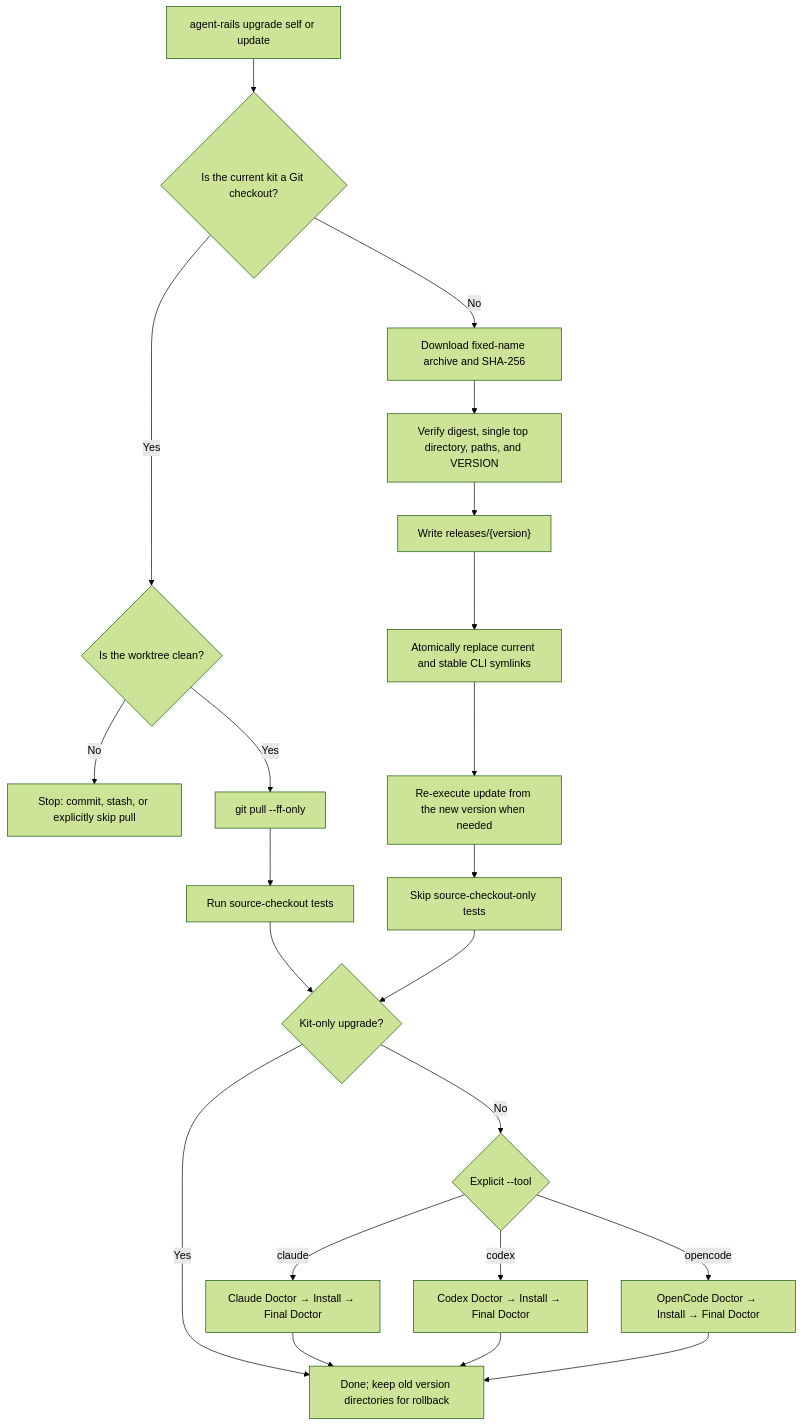
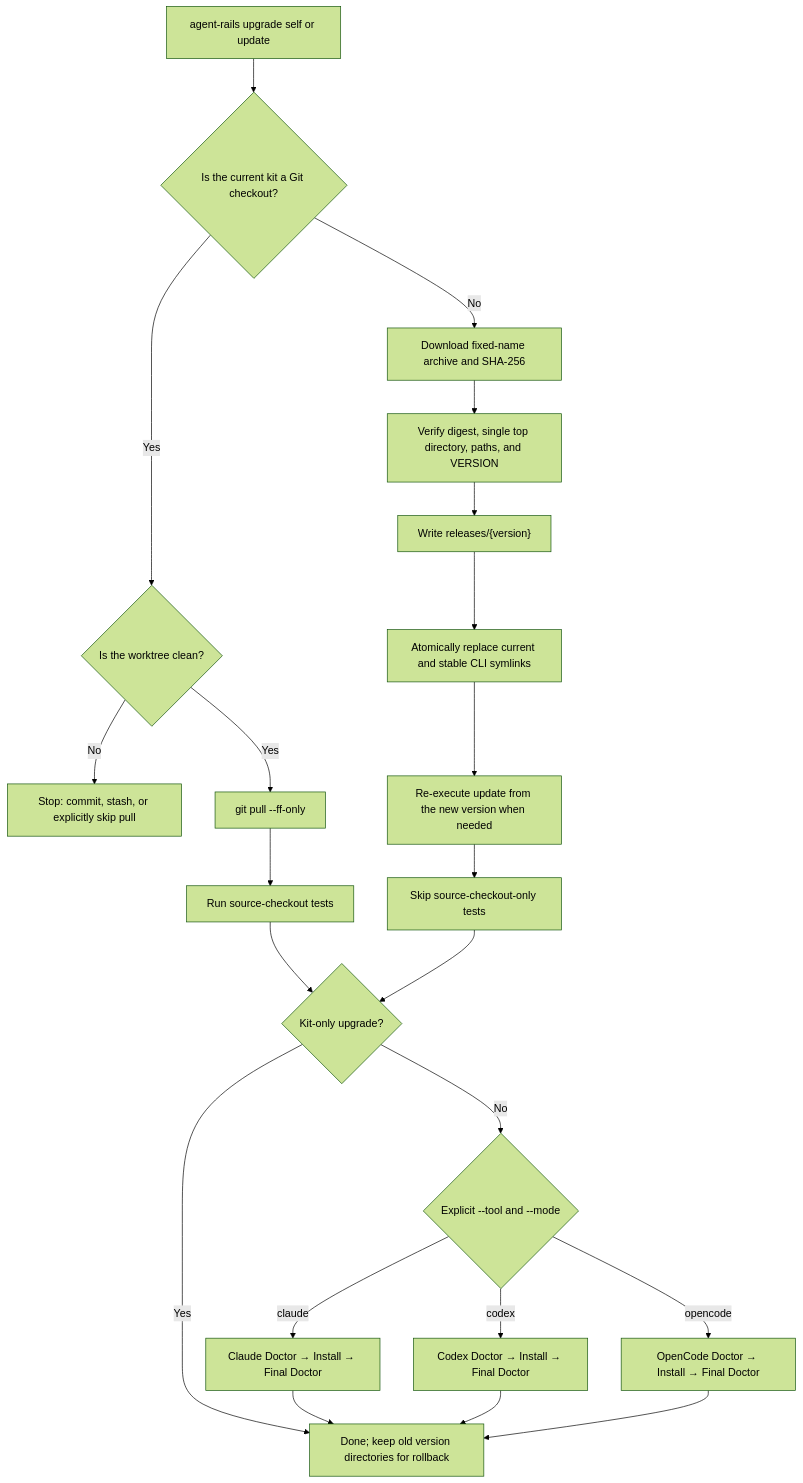
Before and after one commit to 948462448/agent-rails: the seventh of 7 diagrams in docs/how-agent-rails-works.en.md, drawn with Mermaid (forest theme). The commit also changed other lines of this file and 29 other files, not shown here.

````diff
--- a/docs/how-agent-rails-works.en.md
+++ b/docs/how-agent-rails-works.en.md
@@ -190,26 +192,26 @@
 ```mermaid
 flowchart TD
     UPDATE["agent-rails upgrade self or update"] --> SOURCE{"Is the current kit a Git checkout?"}
     SOURCE -->|Yes| CLEAN{"Is the worktree clean?"}
     CLEAN -->|No| STOP_GIT["Stop: commit, stash, or explicitly skip pull"]
     CLEAN -->|Yes| PULL["git pull --ff-only"]
 
     SOURCE -->|No| DOWNLOAD["Download fixed-name archive and SHA-256"]
     DOWNLOAD --> VERIFY["Verify digest, single top directory, paths, and VERSION"]
     VERIFY --> STAGE["Write releases/{version}"]
     STAGE --> SWITCH["Atomically replace current and stable CLI symlinks"]
     SWITCH --> REEXEC["Re-execute update from the new version when needed"]
 
     PULL --> TESTS["Run source-checkout tests"]
     REEXEC --> SKIP_TESTS["Skip source-checkout-only tests"]
     TESTS --> SELF{"Kit-only upgrade?"}
     SKIP_TESTS --> SELF
     SELF -->|Yes| DONE["Done; keep old version directories for rollback"]
-    SELF -->|No| TOOL{"Explicit --tool"}
+    SELF -->|No| TOOL{"Explicit --tool and --mode"}
     TOOL -->|claude| CLAUDE["Claude Doctor → Install → Final Doctor"]
     TOOL -->|codex| CODEX["Codex Doctor → Install → Final Doctor"]
     TOOL -->|opencode| OPENCODE["OpenCode Doctor → Install → Final Doctor"]
     CLAUDE --> DONE
     CODEX --> DONE
     OPENCODE --> DONE
 ```
````
